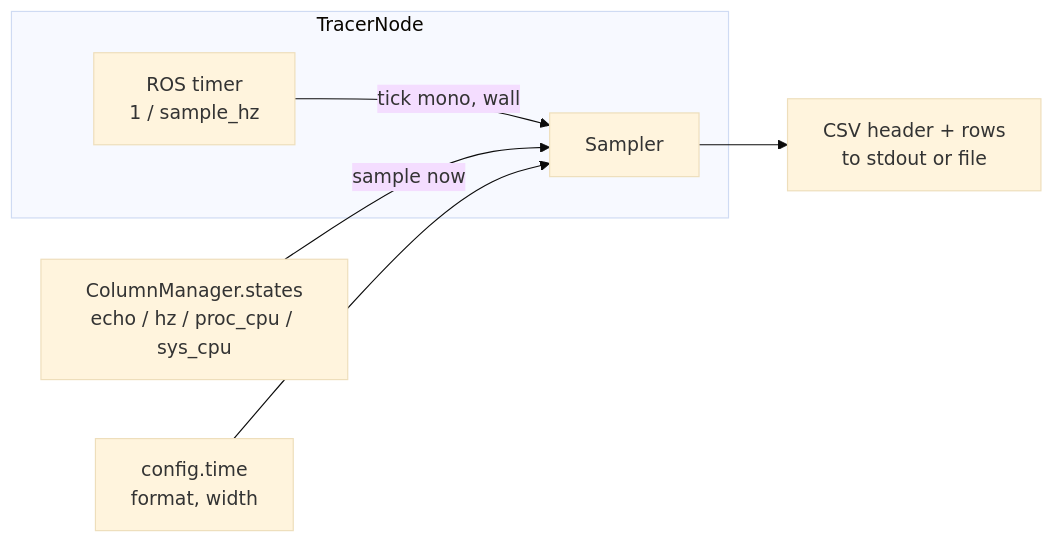
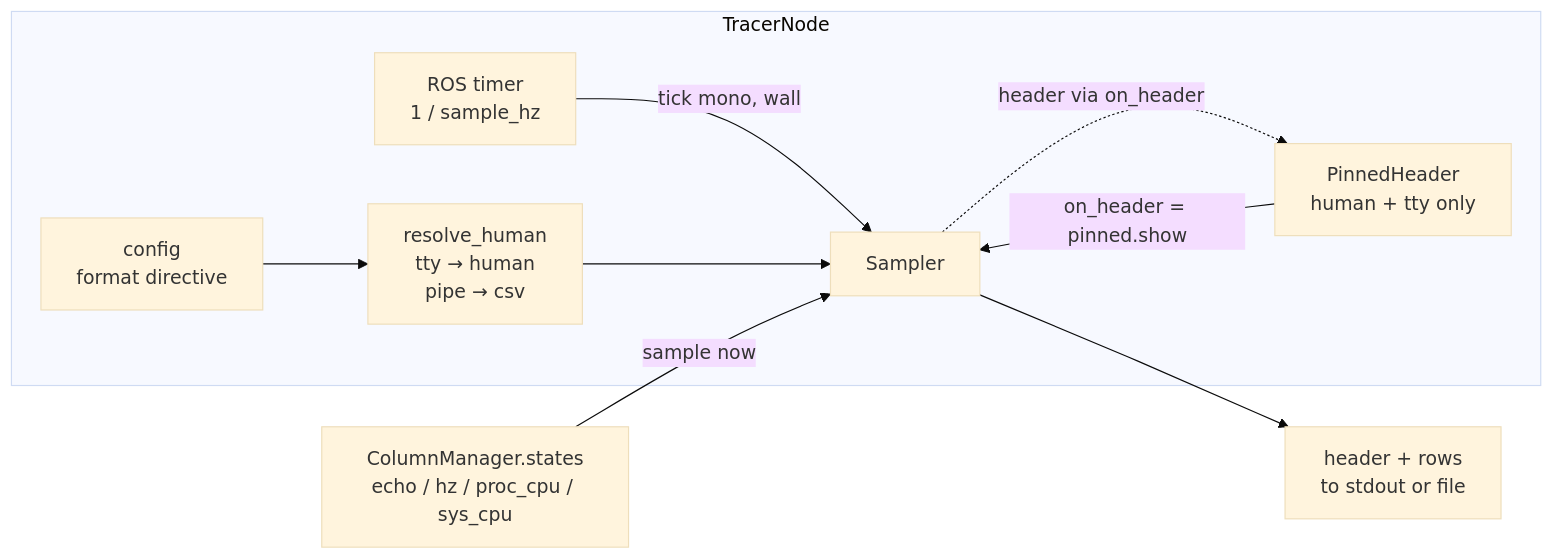
Before and after one commit to Boston-Robot-Hackers/metawtf: the first of 2 diagrams in 01-literate/18-sampler.md, drawn with Mermaid (base theme). The commit also changed other lines of this file and 21 other files, not shown here.

First line of the commit message:
F07: human/csv output formats with pinned terminal header

````diff
--- a/01-literate/18-sampler.md
+++ b/01-literate/18-sampler.md
@@ -26,9 +31,12 @@
 ```mermaid
 flowchart LR
     subgraph TracerNode
         T[ROS timer<br/>1 / sample_hz] -->|tick mono, wall| S[Sampler]
+        CFG[config<br/>format directive] --> RH[resolve_human<br/>tty → human<br/>pipe → csv]
+        RH --> S
+        P[PinnedHeader<br/>human + tty only] -->|on_header = pinned.show| S
     end
     CM[ColumnManager.states<br/>echo / hz / proc_cpu / sys_cpu] -->|sample now| S
-    CFG[config.time<br/>format, width] --> S
-    S --> OUT[CSV header + rows<br/>to stdout or file]
+    S --> OUT[header + rows<br/>to stdout or file]
+    S -.->|header via on_header| P
 ```
````
